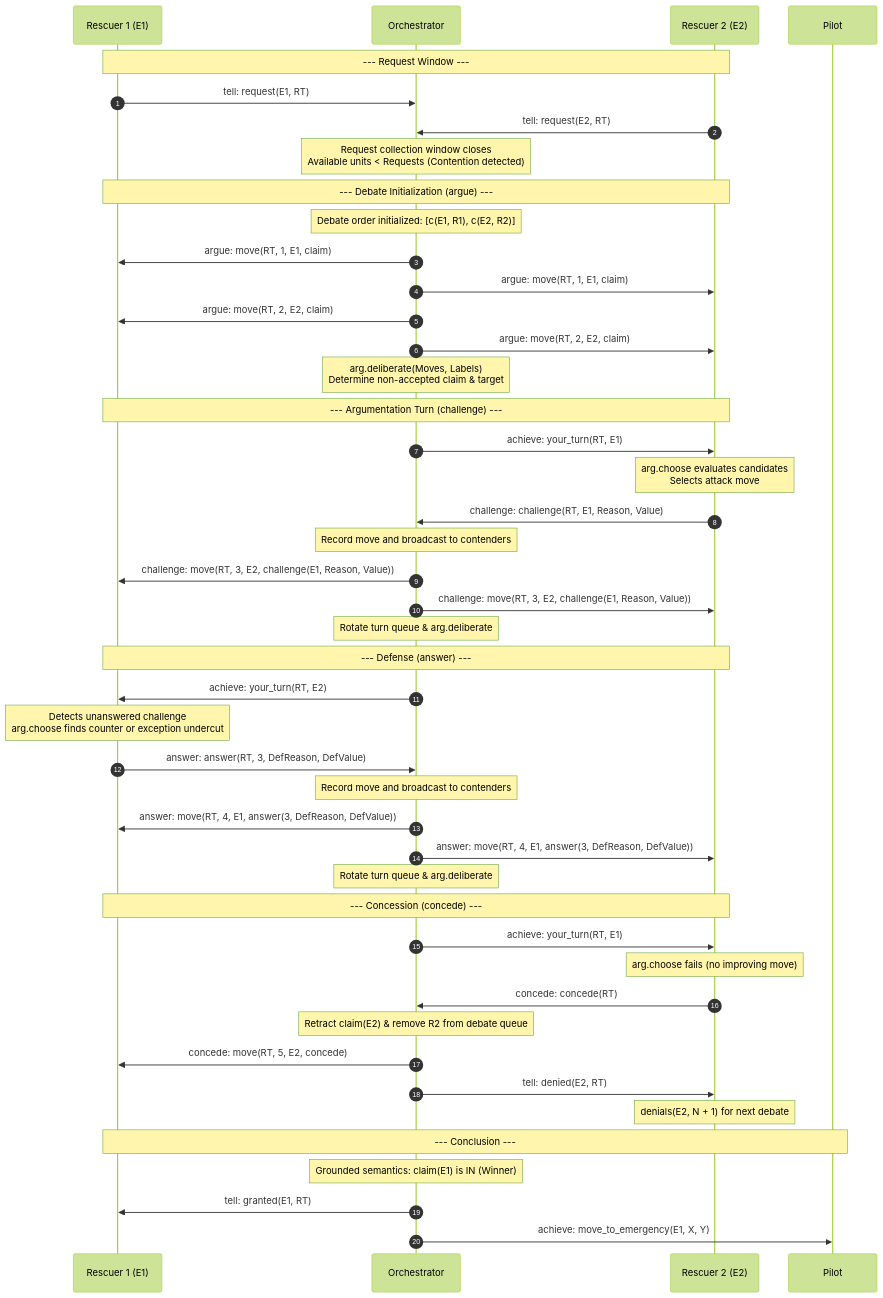
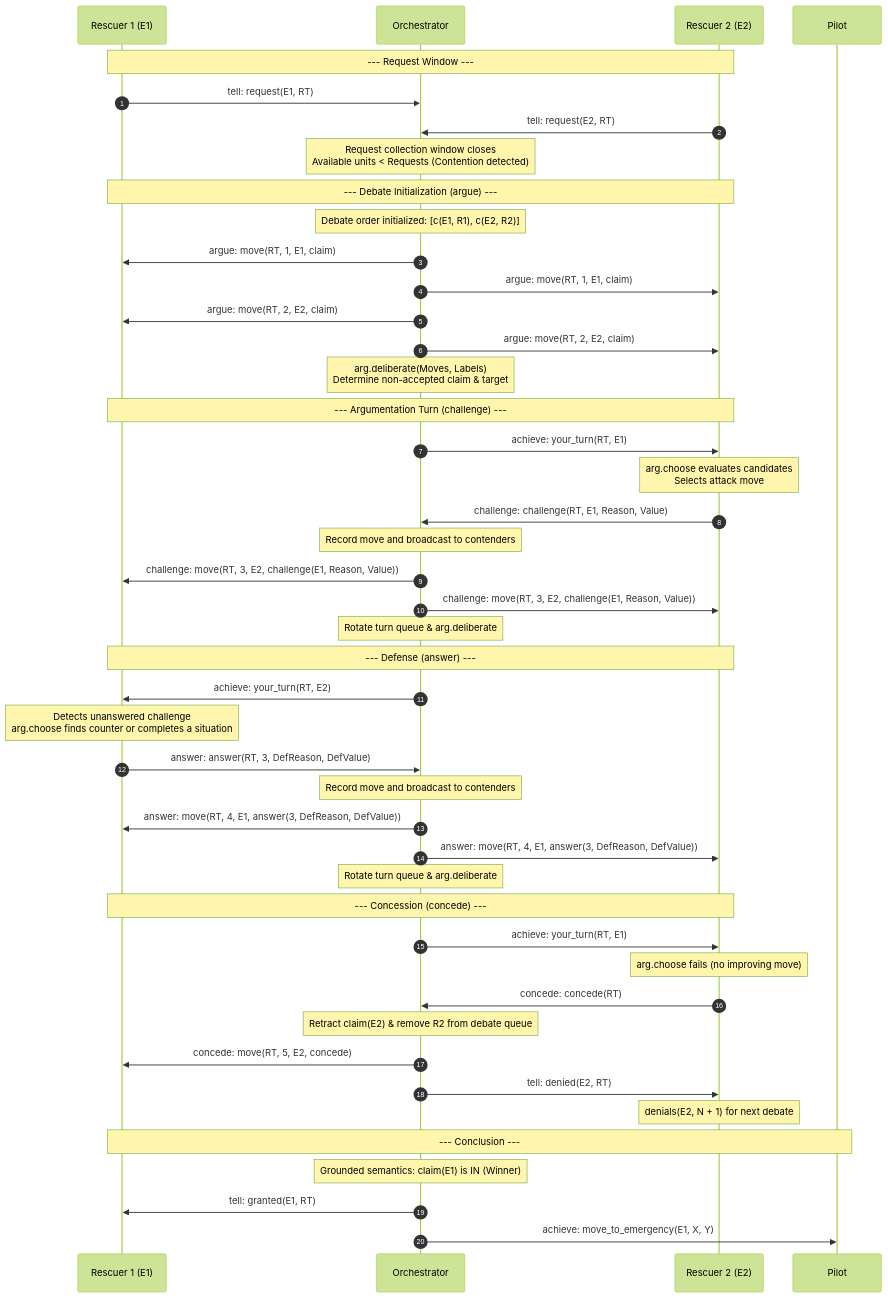
The diagram in report/charts/debate_sequence.mmd (NicolasAmadori/Debate2Rescue), drawn with Mermaid (forest theme) before and after one commit. The commit also changed 6 other files, not shown here.

Commit message:
docs: change diagrams

```diff
--- a/report/charts/debate_sequence.mmd
+++ b/report/charts/debate_sequence.mmd
@@ -1,51 +1,51 @@
 sequenceDiagram
     autonumber
     participant R1 as Rescuer 1 (E1)
     participant O as Orchestrator
     participant R2 as Rescuer 2 (E2)
     participant P as Pilot
 
     Note over R1, R2: --- Request Window ---
     R1->>O: tell: request(E1, RT)
     R2->>O: tell: request(E2, RT)
     Note over O: Request collection window closes<br/>Available units < Requests (Contention detected)
 
     Note over R1, R2: --- Debate Initialization (argue) ---
     Note over O: Debate order initialized: [c(E1, R1), c(E2, R2)]
     O->>R1: argue: move(RT, 1, E1, claim)
     O->>R2: argue: move(RT, 1, E1, claim)
     O->>R1: argue: move(RT, 2, E2, claim)
     O->>R2: argue: move(RT, 2, E2, claim)
     Note over O: arg.deliberate(Moves, Labels)<br/>Determine non-accepted claim & target
 
     Note over R1, R2: --- Argumentation Turn (challenge) ---
     O->>R2: achieve: your_turn(RT, E1)
     Note over R2: arg.choose evaluates candidates<br/>Selects attack move
     R2->>O: challenge: challenge(RT, E1, Reason, Value)
     Note over O: Record move and broadcast to contenders
     O->>R1: challenge: move(RT, 3, E2, challenge(E1, Reason, Value))
     O->>R2: challenge: move(RT, 3, E2, challenge(E1, Reason, Value))
     Note over O: Rotate turn queue & arg.deliberate
 
     Note over R1, R2: --- Defense (answer) ---
     O->>R1: achieve: your_turn(RT, E2)
-    Note over R1: Detects unanswered challenge<br/>arg.choose finds counter or exception undercut
+    Note over R1: Detects unanswered challenge<br/>arg.choose finds counter or completes a situation
     R1->>O: answer: answer(RT, 3, DefReason, DefValue)
     Note over O: Record move and broadcast to contenders
     O->>R1: answer: move(RT, 4, E1, answer(3, DefReason, DefValue))
     O->>R2: answer: move(RT, 4, E1, answer(3, DefReason, DefValue))
     Note over O: Rotate turn queue & arg.deliberate
 
     Note over R1, R2: --- Concession (concede) ---
     O->>R2: achieve: your_turn(RT, E1)
     Note over R2: arg.choose fails (no improving move)
     R2->>O: concede: concede(RT)
     Note over O: Retract claim(E2) & remove R2 from debate queue
     O->>R1: concede: move(RT, 5, E2, concede)
     O->>R2: tell: denied(E2, RT)
     Note over R2: denials(E2, N + 1) for next debate
 
     Note over R1, P: --- Conclusion ---
     Note over O: Grounded semantics: claim(E1) is IN (Winner)
     O->>R1: tell: granted(E1, RT)
     O->>P: achieve: move_to_emergency(E1, X, Y)
```
